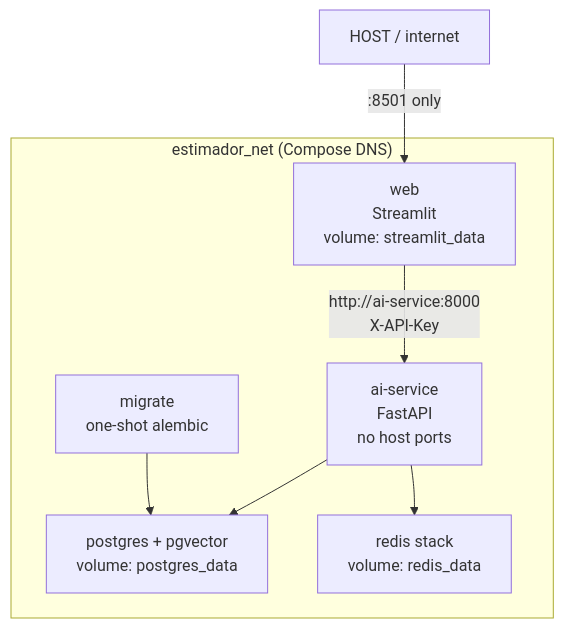
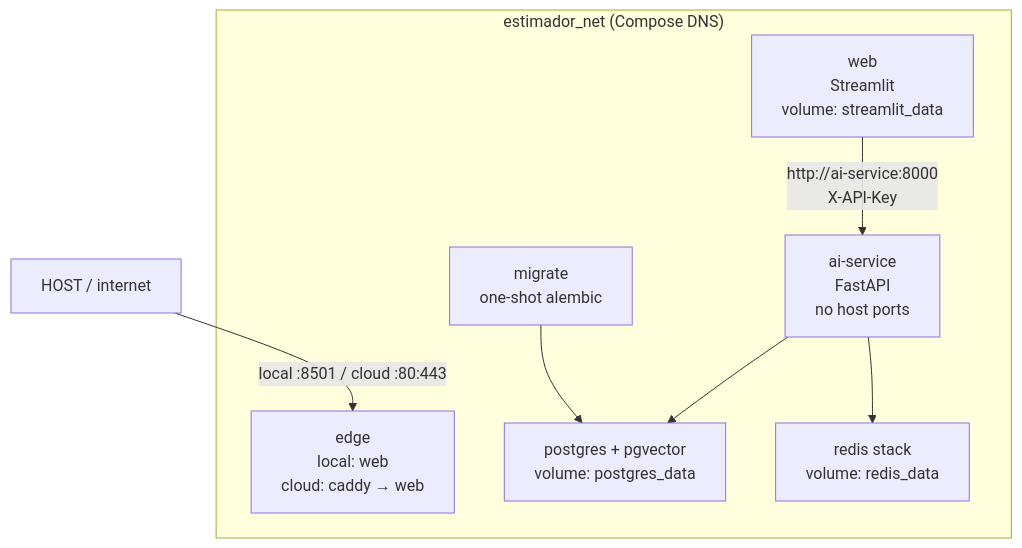
The diagram in docs/architecture.md (Dragons0458/lidr-AI-Engineering), drawn with Mermaid before and after one commit. The commit also changed other lines of this file and 49 other files, not shown here.

````diff
--- a/docs/architecture.md
+++ b/docs/architecture.md
@@ -3,18 +3,19 @@
 ```mermaid
 flowchart TB
   host["HOST / internet"]
-  host -->|" :8501 only "| web
+  host -->|" local :8501 / cloud :80:443 "| edge
 
   subgraph net["estimador_net (Compose DNS)"]
+    edge["edge<br/>local: web<br/>cloud: caddy → web"]
     web["web<br/>Streamlit<br/>volume: streamlit_data"]
     ai["ai-service<br/>FastAPI<br/>no host ports"]
     pg["postgres + pgvector<br/>volume: postgres_data"]
     redis["redis stack<br/>volume: redis_data"]
     migrate["migrate<br/>one-shot alembic"]
   end
 
   web -->|"http://ai-service:8000<br/>X-API-Key"| ai
   migrate --> pg
   ai --> pg
   ai --> redis
 ```
````
